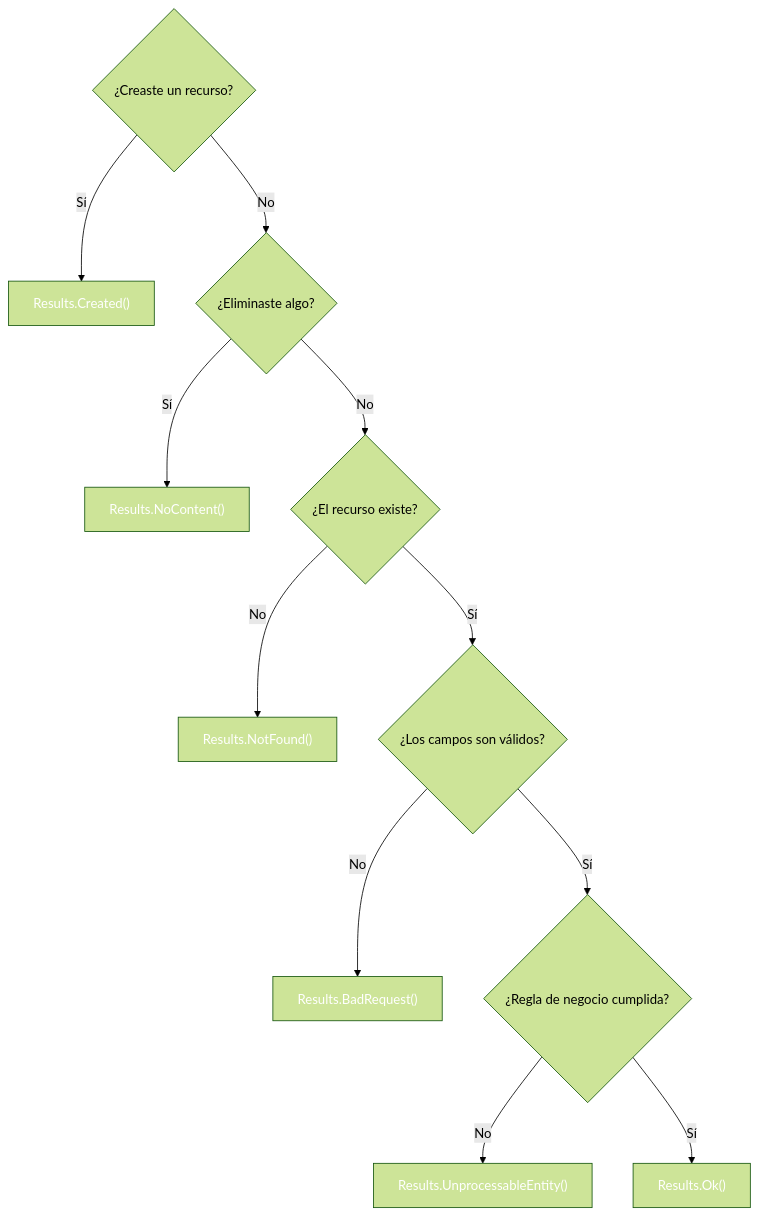
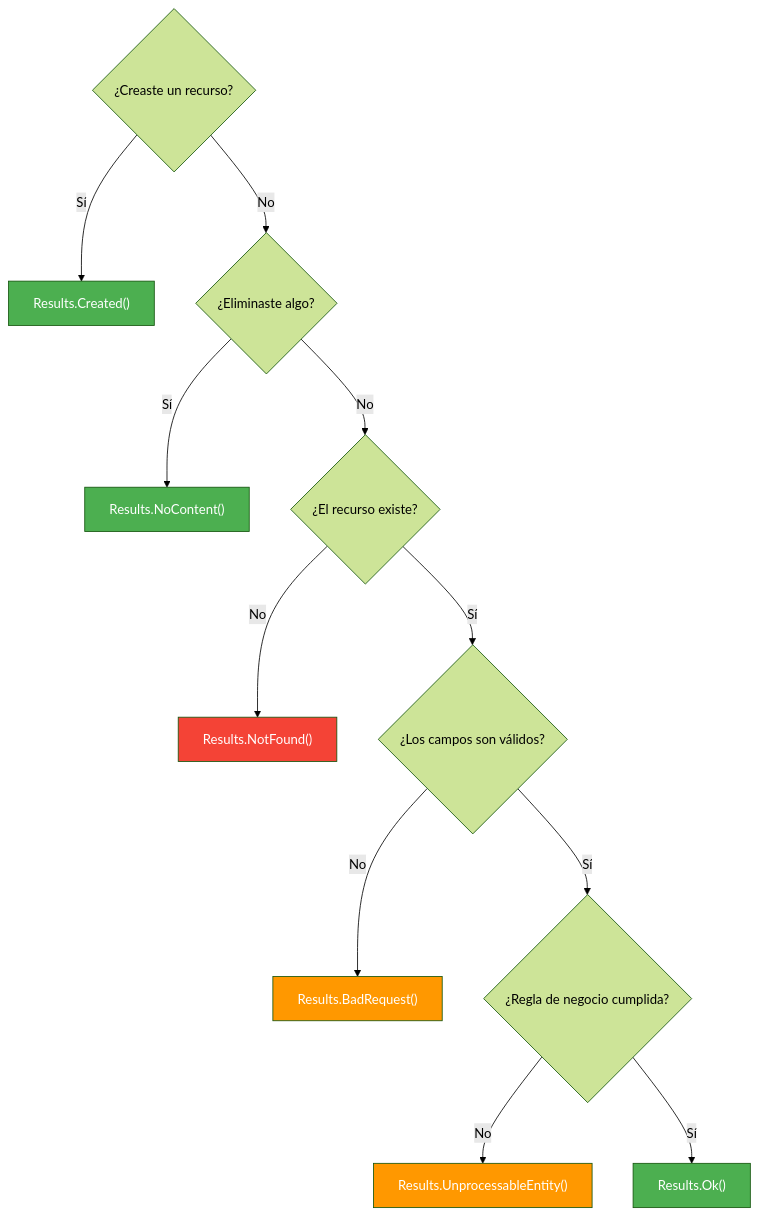
One commit to joseluisgs/DesarrolloWebEntornosServidor-02-2026-2027 changed the fourth of 4 diagrams in 03-minimal-apis.md. Above: the diagram before and after it, drawn with Mermaid (forest theme). The commit also changed other lines of this file and 29 other files, not shown here.

Commit message:
docs: corregir estilos Mermaid y estilo, quitar referencias a la Tienda y reestructurar los retos 13 y 15

````diff
--- a/03-minimal-apis.md
+++ b/03-minimal-apis.md
@@ -238,19 +238,19 @@
 ```mermaid
 flowchart TD
     A{"¿Creaste un recurso?"} -->|Sí| B["Results.Created()"]
     A -->|No| C{"¿Eliminaste algo?"}
     C -->|Sí| D["Results.NoContent()"]
     C -->|No| E{"¿El recurso existe?"}
     E -->|No| F["Results.NotFound()"]
     E -->|Sí| G{"¿Los campos son válidos?"}
     G -->|No| H0["Results.BadRequest()"]
     G -->|Sí| G2{"¿Regla de negocio cumplida?"}
     G2 -->|No| H["Results.UnprocessableEntity()"]
     G2 -->|Sí| I["Results.Ok()"]
-    style B fill:#4CAF5,color:#fff0,color:#fff
-    style D fill:#4CAF5,color:#fff0,color:#fff
-    style F fill:#f4433,color:#fff6,color:#fff
-    style H0 fill:#FF980,color:#fff0,color:#fff
-    style H fill:#FF980,color:#fff0,color:#fff
-    style I fill:#4CAF5,color:#fff0,color:#fff
+    style B fill:#4CAF50,color:#fff
+    style D fill:#4CAF50,color:#fff
+    style F fill:#f44336,color:#fff
+    style H0 fill:#FF9800,color:#fff
+    style H fill:#FF9800,color:#fff
+    style I fill:#4CAF50,color:#fff
 ```
````
